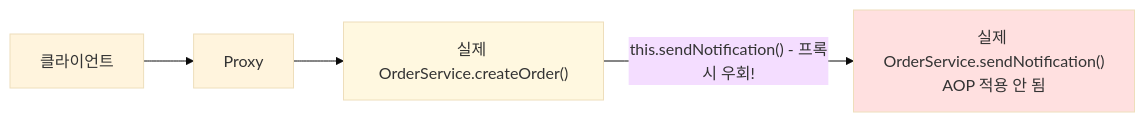
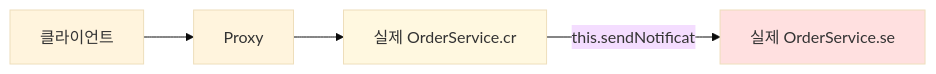
One commit to yjkim2015/yjkim2015.github.io changed the fourth of 5 diagrams in _posts/spring/2026-05-01-spring-aop.md. Above: the diagram before and after it, drawn with Mermaid (base theme). The commit also changed other lines of this file and 271 other files, not shown here.

First line of the commit message:
Mermaid 라벨 축소: 긴 노드 텍스트 18자 이하로 트림 + \n 제거

````diff
--- a/_posts/spring/2026-05-01-spring-aop.md
+++ b/_posts/spring/2026-05-01-spring-aop.md
@@ -413,8 +413,8 @@
 ```mermaid
 graph LR
     C["클라이언트"] --> P["Proxy"]
-    P --> R["실제 OrderService.createOrder()"]
-    R -->|"this.sendNotification() - 프록시 우회!"| N["실제 OrderService.sendNotification()<br>AOP 적용 안 됨"]
+    P --> R["실제 OrderService.cr"]
+    R -->|"this.sendNotificat"| N["실제 OrderService.se"]
     style N fill:#ffe0e0
     style R fill:#fff8e0
 ```
````
